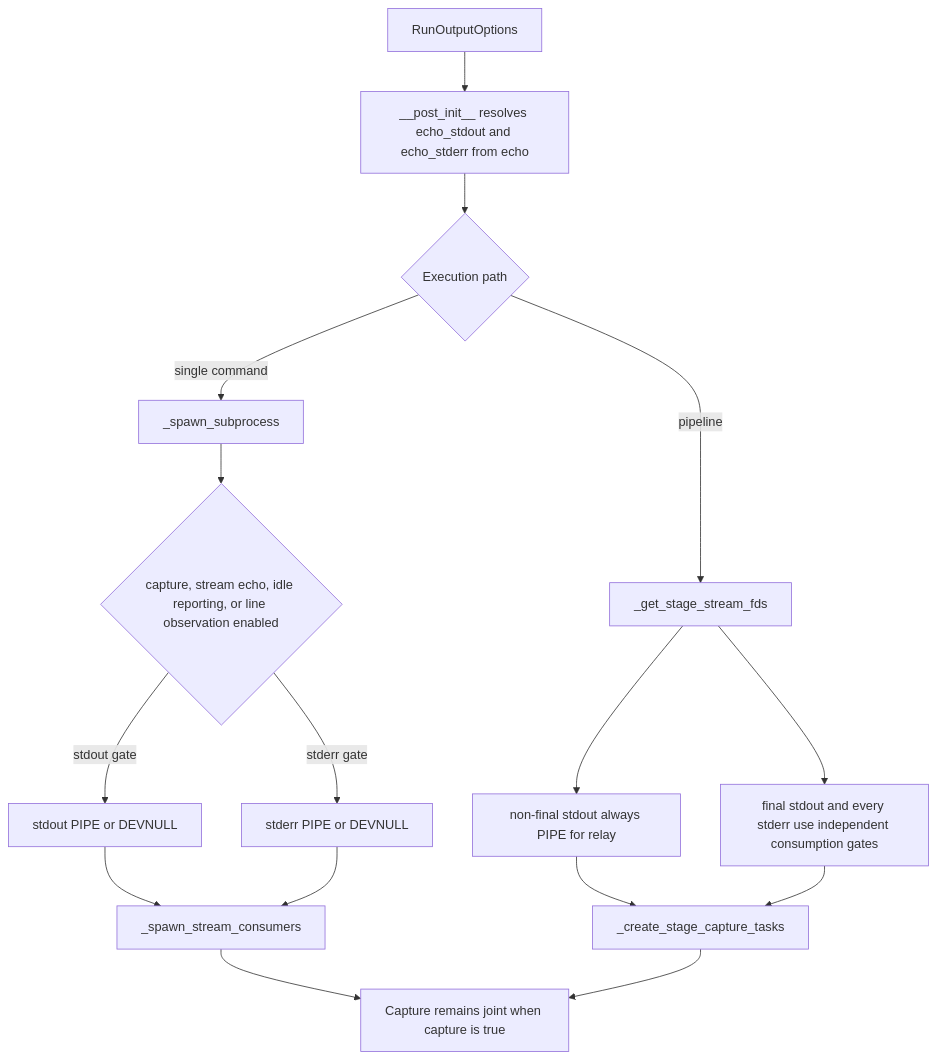
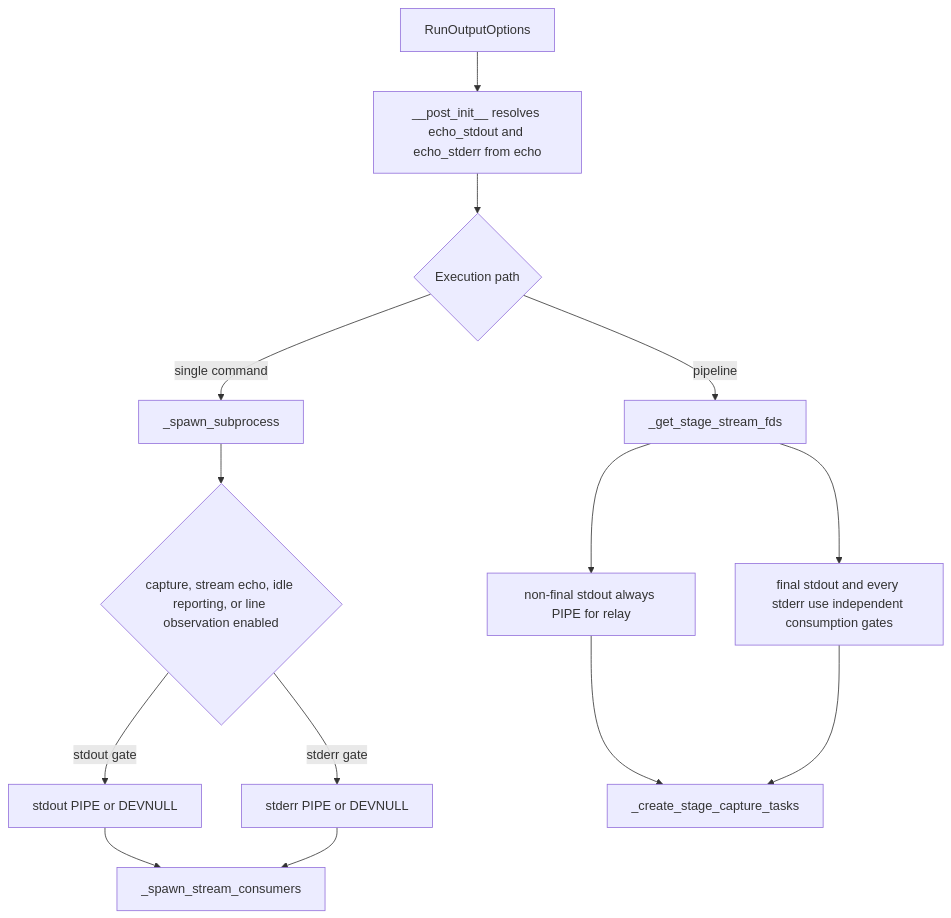
The fifth of 21 diagrams in docs/cuprum-design.md (leynos/cuprum), drawn with Mermaid before and after one commit. The commit also changed other lines of this file and 3 other files, not shown here.

````diff
--- a/docs/cuprum-design.md
+++ b/docs/cuprum-design.md
@@ -1611,18 +1639,16 @@
 ```mermaid
 flowchart TD
     A[RunOutputOptions] --> B[__post_init__ resolves echo_stdout and echo_stderr from echo]
     B --> C{Execution path}
     C -->|single command| D[_spawn_subprocess]
     C -->|pipeline| E[_get_stage_stream_fds]
     D --> F{capture, stream echo, idle reporting, or line observation enabled}
     F -->|stdout gate| G[stdout PIPE or DEVNULL]
     F -->|stderr gate| H[stderr PIPE or DEVNULL]
     G --> I[_spawn_stream_consumers]
     H --> I
     E --> J[non-final stdout always PIPE for relay]
     E --> K[final stdout and every stderr use independent consumption gates]
     J --> L[_create_stage_capture_tasks]
     K --> L
-    I --> M[Capture remains joint when capture is true]
-    L --> M
 ```
````
